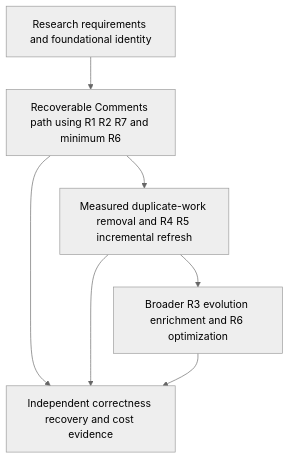
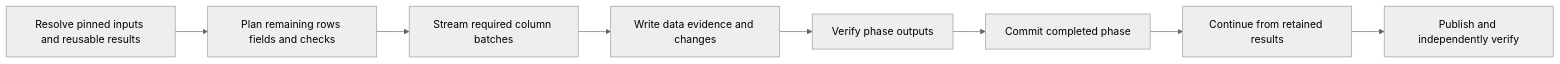
The diagram in docs/plans/native-dataset-lifecycle-2026-10-07/README.md (Formspec-Labs/DocSpec), drawn with Mermaid (neutral theme) before and after one commit. The commit also changed other lines of this file, not shown here.

````diff
--- a/docs/plans/native-dataset-lifecycle-2026-10-07/README.md
+++ b/docs/plans/native-dataset-lifecycle-2026-10-07/README.md
@@ -59,9 +53,10 @@
 ```mermaid
-flowchart TD
-    F[Research requirements and foundational identity] --> M[Recoverable Comments path using R1 R2 R7 and minimum R6]
-    M --> I[Measured duplicate-work removal and R4 R5 incremental refresh]
-    I --> E[Broader R3 evolution enrichment and R6 optimization]
-    M --> Q[Independent correctness recovery and cost evidence]
-    I --> Q
-    E --> Q
+flowchart LR
+    A[Resolve pinned inputs and reusable results] --> B[Plan remaining rows fields and checks]
+    B --> C[Stream required column batches]
+    C --> D[Write data evidence and changes]
+    D --> E[Verify phase outputs]
+    E --> F[Commit completed phase]
+    F --> G[Continue from retained results]
+    G --> H[Publish and independently verify]
 ```
````
